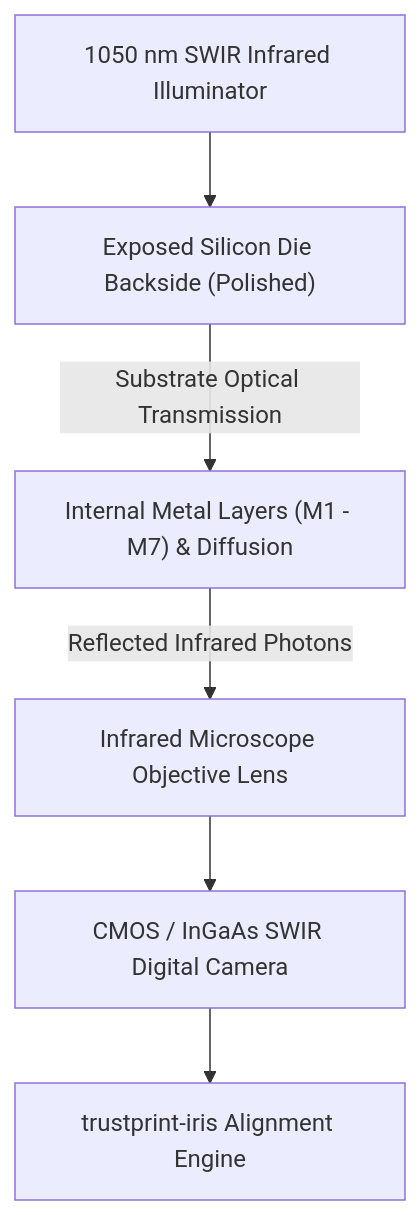
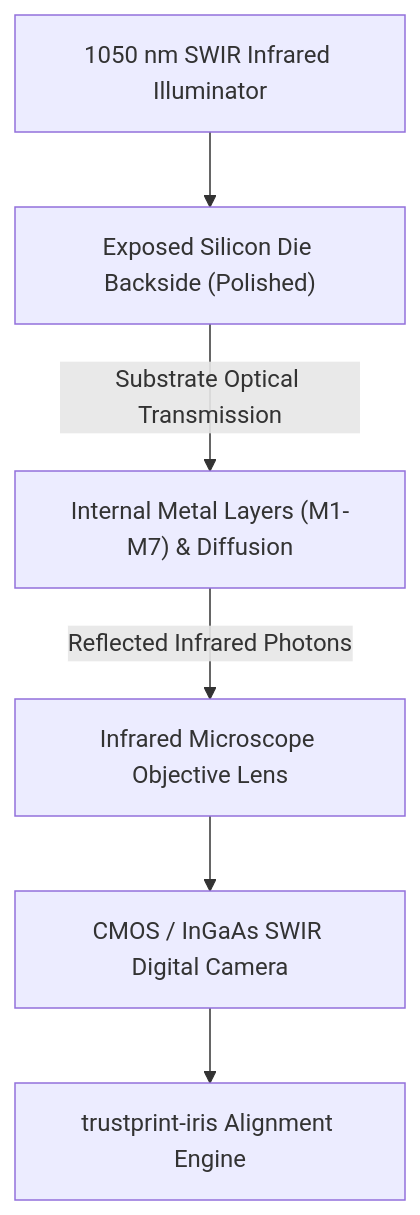
The first of 2 diagrams in docs/13-IRIS-inspection-engine.md (sarangchaudhari635-oss/TRUSTPRINT), drawn with Mermaid before and after one commit. The commit also changed other lines of this file and 32 other files, not shown here.

````diff
--- a/docs/13-IRIS-inspection-engine.md
+++ b/docs/13-IRIS-inspection-engine.md
@@ -23,8 +22,8 @@
 ```mermaid
 flowchart TD
     IR_LIGHT["1050 nm SWIR Infrared Illuminator"] --> DIE_BACK["Exposed Silicon Die Backside (Polished)"]
-    DIE_BACK -->|"Substrate Optical Transmission"| METAL["Internal Metal Layers (M1 - M7) & Diffusion"]
+    DIE_BACK -->|"Substrate Optical Transmission"| METAL["Internal Metal Layers (M1-M7) & Diffusion"]
     METAL -->|"Reflected Infrared Photons"| OPTICS["Infrared Microscope Objective Lens"]
     OPTICS --> SENSOR["CMOS / InGaAs SWIR Digital Camera"]
     SENSOR --> HOST["trustprint-iris Alignment Engine"]
 ```
````
